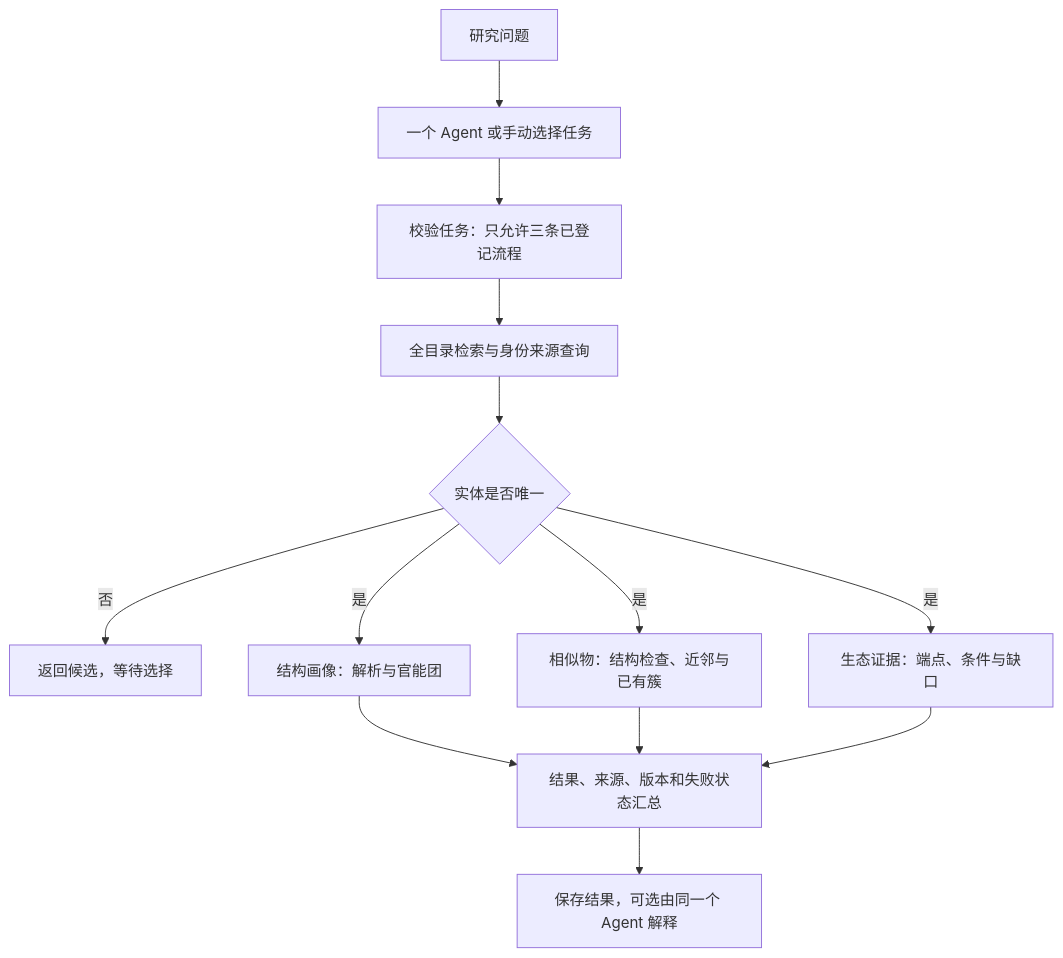
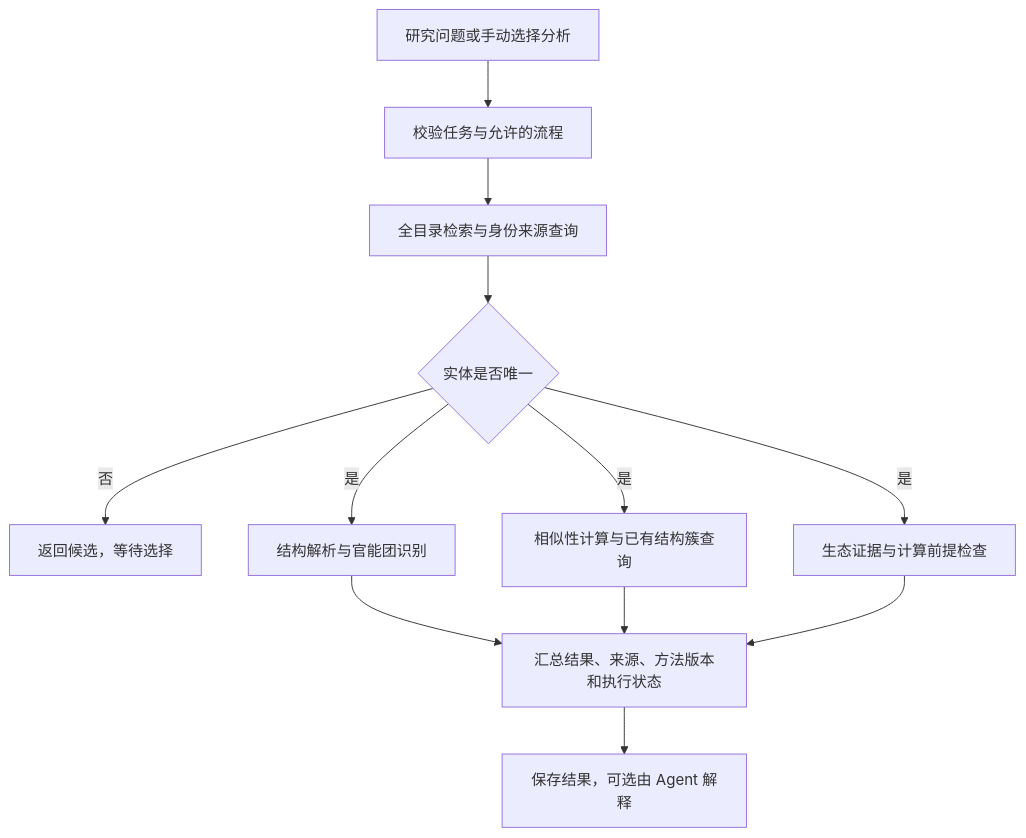
One commit to Charisyy/ec-contaminant-agent changed the diagram in README.md. Above: the diagram before and after it, drawn with Mermaid. The commit also changed other lines of this file, not shown here.

````diff
--- a/README.md
+++ b/README.md
@@ -61,15 +66,14 @@
 ```mermaid
 flowchart TD
- U[研究问题] --> A[一个 Agent 或手动选择任务]
- A --> R[校验任务：只允许三条已登记流程]
- R --> C[全目录检索与身份来源查询]
- C --> D{实体是否唯一}
- D -->|否| X[返回候选，等待选择]
- D -->|是| S[结构画像：解析与官能团]
- D -->|是| N[相似物：结构检查、近邻与已有簇]
- D -->|是| E[生态证据：端点、条件与缺口]
- S --> V[结果、来源、版本和失败状态汇总]
- N --> V
- E --> V
- V --> O[保存结果，可选由同一个 Agent 解释]
+    Q[研究问题或手动选择分析] --> R[校验任务与允许的流程]
+    R --> C[全目录检索与身份来源查询]
+    C --> D{实体是否唯一}
+    D -->|否| X[返回候选，等待选择]
+    D -->|是| S[结构解析与官能团识别]
+    D -->|是| N[相似性计算与已有结构簇查询]
+    D -->|是| E[生态证据与计算前提检查]
+    S --> V[汇总结果、来源、方法版本和执行状态]
+    N --> V
+    E --> V
+    V --> O[保存结果，可选由 Agent 解释]
 ```
````
